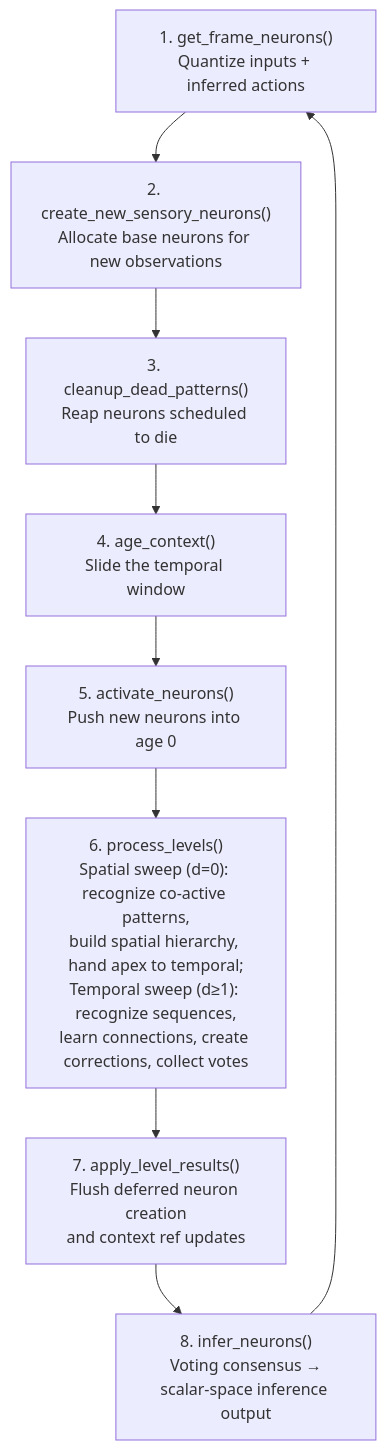
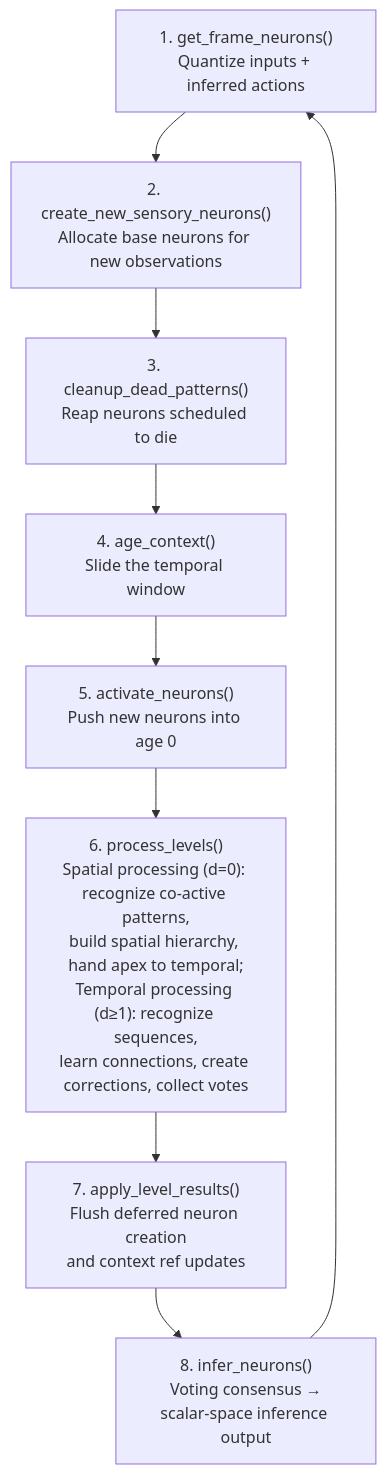
Before and after one commit to cucar/robot_brain: the second of 2 diagrams in docs/architecture.md, drawn with Mermaid. The commit also changed other lines of this file and 6 other files, not shown here.

````diff
--- a/docs/architecture.md
+++ b/docs/architecture.md
@@ -267,11 +267,11 @@
 ```mermaid
 flowchart TD
     A["1. get_frame_neurons()<br/>Quantize inputs + inferred actions"] --> B["2. create_new_sensory_neurons()<br/>Allocate base neurons for new observations"]
     B --> C["3. cleanup_dead_patterns()<br/>Reap neurons scheduled to die"]
     C --> D["4. age_context()<br/>Slide the temporal window"]
     D --> E["5. activate_neurons()<br/>Push new neurons into age 0"]
-    E --> F["6. process_levels()<br/>Spatial sweep (d=0): recognize co-active patterns,<br/>build spatial hierarchy, hand apex to temporal;<br/>Temporal sweep (d≥1): recognize sequences,<br/>learn connections, create corrections, collect votes"]
+    E --> F["6. process_levels()<br/>Spatial processing (d=0): recognize co-active patterns,<br/>build spatial hierarchy, hand apex to temporal;<br/>Temporal processing (d≥1): recognize sequences,<br/>learn connections, create corrections, collect votes"]
     F --> G["7. apply_level_results()<br/>Flush deferred neuron creation<br/>and context ref updates"]
     G --> H["8. infer_neurons()<br/>Voting consensus →<br/>scalar-space inference output"]
     H --> A
 ```
````
